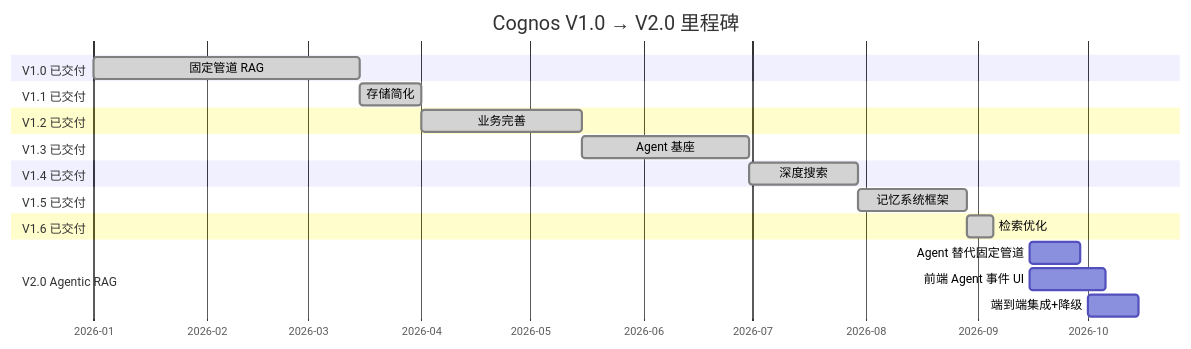
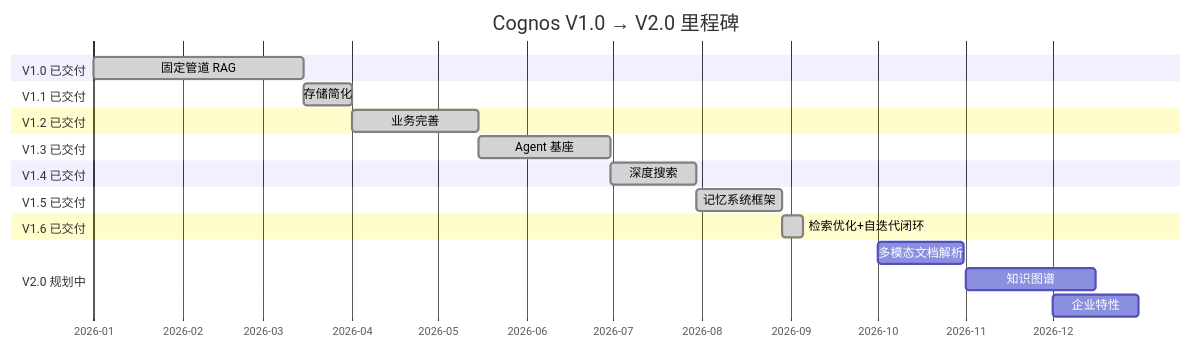
The fourth of 4 diagrams in docs/ROADMAP.md (int2t05/Cognik), drawn with Mermaid before and after one commit. The commit also changed other lines of this file and 13 other files, not shown here.

````diff
--- a/docs/ROADMAP.md
+++ b/docs/ROADMAP.md
@@ -491,32 +442,32 @@
 ```mermaid
 gantt
     title Cognos V1.0 → V2.0 里程碑
     dateFormat YYYY-MM-DD
     axisFormat %Y-%m
 
     section V1.0 已交付
     固定管道 RAG         :done, v1, 2026-01-01, 2026-03-15
 
     section V1.1 已交付
     存储简化             :done, v11, 2026-03-15, 2026-04-01
 
     section V1.2 已交付
     业务完善             :done, v12, 2026-04-01, 2026-05-15
 
     section V1.3 已交付
     Agent 基座           :done, v13, 2026-05-15, 2026-06-30
 
     section V1.4 已交付
     深度搜索             :done, v14, 2026-06-30, 30d
 
     section V1.5 已交付
     记忆系统框架         :done, v15, 2026-07-30, 30d
 
     section V1.6 已交付
-    检索优化             :done, v16, 2026-08-29, 7d
+    检索优化+自迭代闭环   :done, v16, 2026-08-29, 7d
 
-    section V2.0 Agentic RAG
-    Agent 替代固定管道    :v20a, 2026-09-15, 14d
-    前端 Agent 事件 UI    :v20b, 2026-09-15, 21d
-    端到端集成+降级       :v20c, 2026-10-01, 14d
+    section V2.0 规划中
+    多模态文档解析       :v20a, 2026-10-01, 30d
+    知识图谱             :v20b, 2026-11-01, 45d
+    企业特性             :v20c, 2026-12-01, 30d
 ```
````
